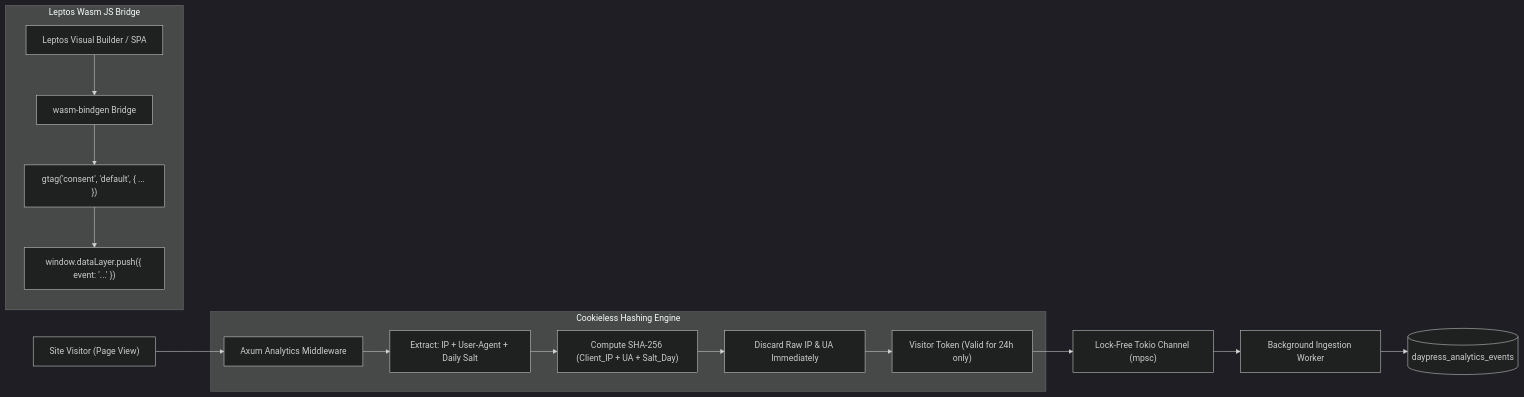
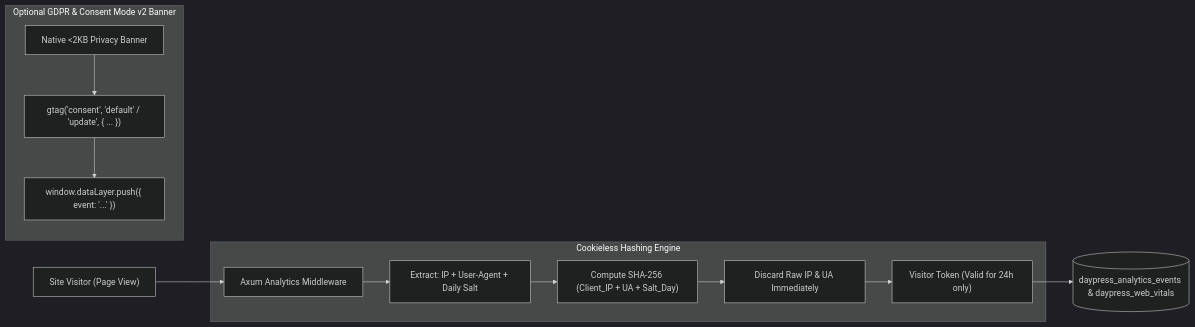
One commit to Trooper-lab/Daypress changed the sixth of 10 diagrams in ARCHITECTURE.md. Above: the diagram before and after it, drawn with Mermaid (dark theme). The commit also changed other lines of this file and 4 other files, not shown here.

Commit message:
docs: sync README, ARCHITECTURE, API, CONTRIBUTING, and SECURITY for v1.0.0-beta.1

````diff
--- a/ARCHITECTURE.md
+++ b/ARCHITECTURE.md
@@ -492,21 +496,18 @@
 ```mermaid
 flowchart LR
     Visitor["Site Visitor (Page View)"] --> Axum["Axum Analytics Middleware"]
     
     subgraph PrivacyEngine ["Cookieless Hashing Engine"]
         Axum --> Extract["Extract: IP + User-Agent + Daily Salt"]
         Extract --> Hash["Compute SHA-256 (Client_IP + UA + Salt_Day)"]
         Hash --> Discard["Discard Raw IP & UA Immediately"]
         Discard --> VisitorID["Visitor Token (Valid for 24h only)"]
     end
 
-    VisitorID --> Channel["Lock-Free Tokio Channel (mpsc)"]
-    Channel --> Worker["Background Ingestion Worker"]
-    Worker --> SQLiteTable[("daypress_analytics_events")]
+    VisitorID --> SQLiteTable[("daypress_analytics_events & daypress_web_vitals")]
 
-    subgraph GTMBridge ["Leptos Wasm JS Bridge"]
-        LeptosBuilder["Leptos Visual Builder / SPA"] --> JSBridge["wasm-bindgen Bridge"]
-        JSBridge --> Consent["gtag('consent', 'default', { ... })"]
+    subgraph ConsentBanner ["Optional GDPR & Consent Mode v2 Banner"]
+        Banner["Native <2KB Privacy Banner"] --> Consent["gtag('consent', 'default' / 'update', { ... })"]
         Consent --> DataLayer["window.dataLayer.push({ event: '...' })"]
     end
 ```
````
